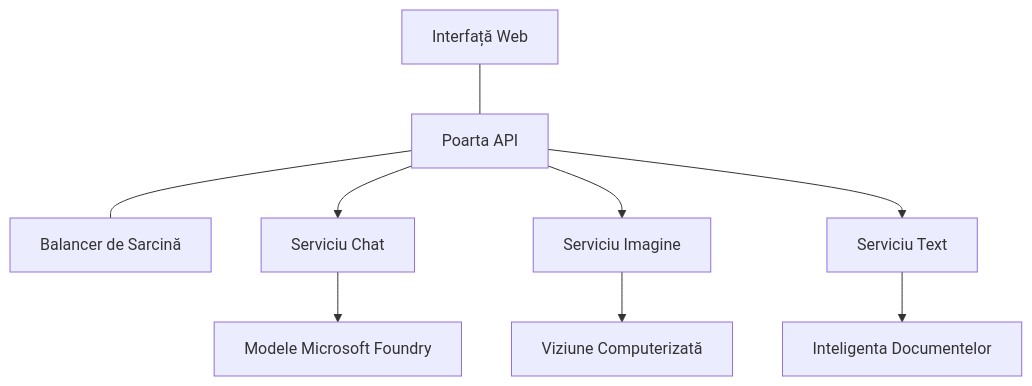
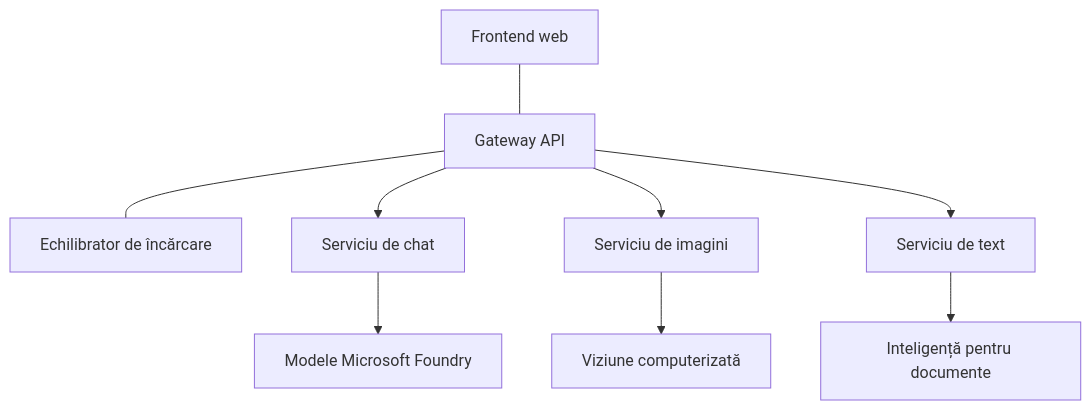
Before and after one commit to microsoft/AZD-for-beginners: the diagram in translations/ro/docs/chapter-08-production/production-ai-practices.md, drawn with Mermaid. The commit also changed other lines of this file and 101 other files, not shown here.

````diff
--- a/translations/ro/docs/chapter-08-production/production-ai-practices.md
+++ b/translations/ro/docs/chapter-08-production/production-ai-practices.md
@@ -30,10 +30,10 @@
 ```mermaid
 graph TD
-    Frontend[Interfață Web] --- Gateway[Poarta API] --- LB[Balancer de Sarcină]
-    Gateway --> Chat[Serviciu Chat]
-    Gateway --> Image[Serviciu Imagine]
-    Gateway --> Text[Serviciu Text]
+    Frontend[Frontend web] --- Gateway[Gateway API] --- LB[Echilibrator de încărcare]
+    Gateway --> Chat[Serviciu de chat]
+    Gateway --> Image[Serviciu de imagini]
+    Gateway --> Text[Serviciu de text]
     Chat --> OpenAI[Modele Microsoft Foundry]
-    Image --> Vision[Viziune Computerizată]
-    Text --> DocIntel[Inteligenta Documentelor]
+    Image --> Vision[Viziune computerizată]
+    Text --> DocIntel[Inteligență pentru documente]
 ```
````
